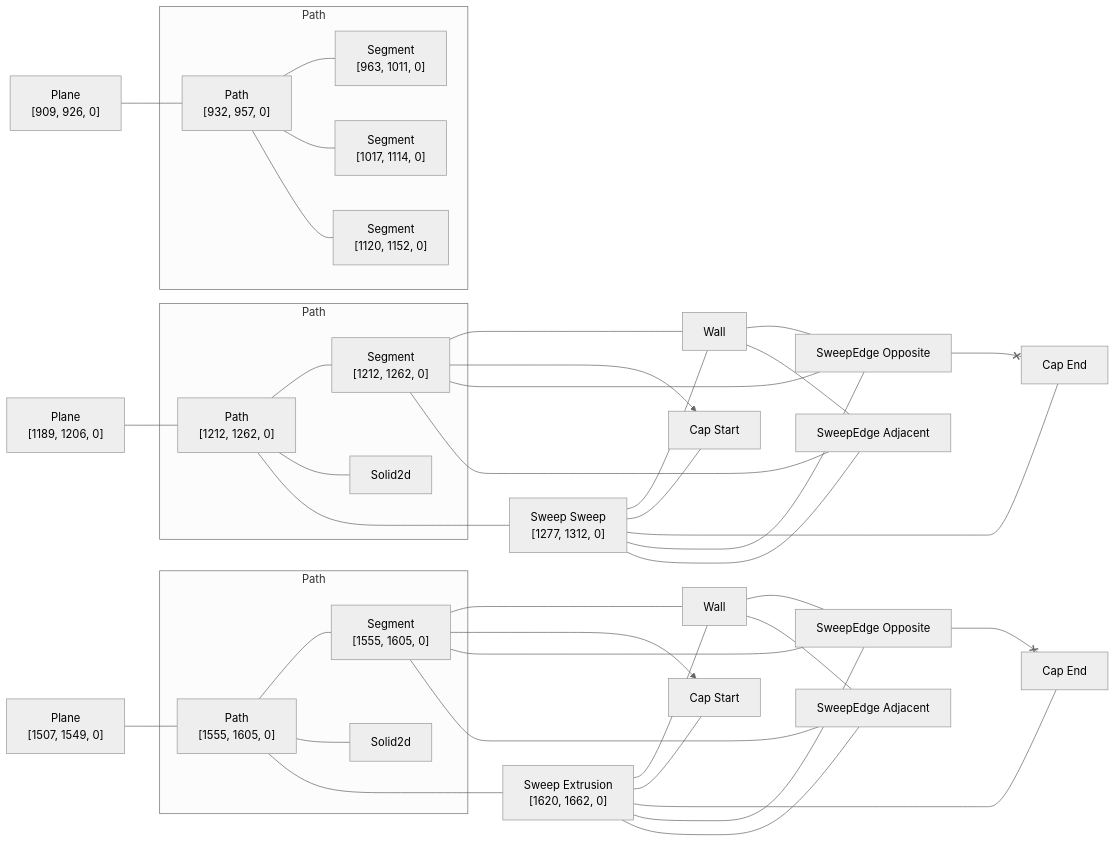
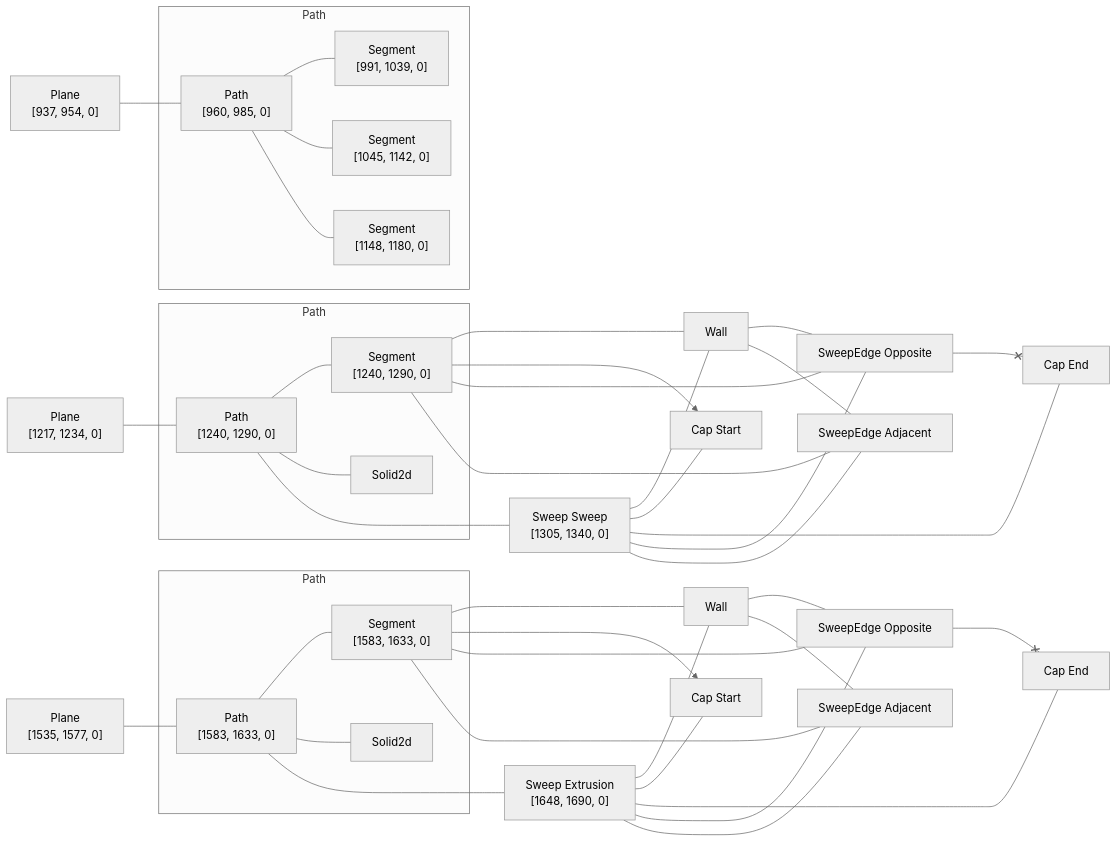
One commit to KittyCAD/modeling-app changed the diagram in rust/kcl-lib/tests/kcl_samples/marine-ladder/artifact_graph_flowchart.snap.md. Above: the diagram before and after it, drawn with Mermaid (neutral theme). The commit also changed 319 other files, not shown here.

````diff
--- a/rust/kcl-lib/tests/kcl_samples/marine-ladder/artifact_graph_flowchart.snap.md
+++ b/rust/kcl-lib/tests/kcl_samples/marine-ladder/artifact_graph_flowchart.snap.md
@@ -1,34 +1,34 @@
 ```mermaid
 flowchart LR
   subgraph path2 [Path]
-    2["Path<br>[932, 957, 0]"]
+    2["Path<br>[960, 985, 0]"]
       %% [ProgramBodyItem { index: 8 }, VariableDeclarationDeclaration, VariableDeclarationInit, PipeBodyItem { index: 1 }]
-    3["Segment<br>[963, 1011, 0]"]
+    3["Segment<br>[991, 1039, 0]"]
       %% [ProgramBodyItem { index: 8 }, VariableDeclarationDeclaration, VariableDeclarationInit, PipeBodyItem { index: 2 }]
-    4["Segment<br>[1017, 1114, 0]"]
+    4["Segment<br>[1045, 1142, 0]"]
       %% [ProgramBodyItem { index: 8 }, VariableDeclarationDeclaration, VariableDeclarationInit, PipeBodyItem { index: 3 }]
-    5["Segment<br>[1120, 1152, 0]"]
+    5["Segment<br>[1148, 1180, 0]"]
       %% [ProgramBodyItem { index: 8 }, VariableDeclarationDeclaration, VariableDeclarationInit, PipeBodyItem { index: 4 }]
   end
   subgraph path7 [Path]
-    7["Path<br>[1212, 1262, 0]"]
+    7["Path<br>[1240, 1290, 0]"]
       %% [ProgramBodyItem { index: 9 }, VariableDeclarationDeclaration, VariableDeclarationInit, PipeBodyItem { index: 1 }]
-    8["Segment<br>[1212, 1262, 0]"]
+    8["Segment<br>[1240, 1290, 0]"]
       %% [ProgramBodyItem { index: 9 }, VariableDeclarationDeclaration, VariableDeclarationInit, PipeBodyItem { index: 1 }]
     9[Solid2d]
   end
   subgraph path17 [Path]
-    17["Path<br>[1555, 1605, 0]"]
+    17["Path<br>[1583, 1633, 0]"]
       %% [ProgramBodyItem { index: 12 }, VariableDeclarationDeclaration, VariableDeclarationInit, PipeBodyItem { index: 1 }]
-    18["Segment<br>[1555, 1605, 0]"]
+    18["Segment<br>[1583, 1633, 0]"]
       %% [ProgramBodyItem { index: 12 }, VariableDeclarationDeclaration, VariableDeclarationInit, PipeBodyItem { index: 1 }]
     19[Solid2d]
   end
-  1["Plane<br>[909, 926, 0]"]
+  1["Plane<br>[937, 954, 0]"]
     %% [ProgramBodyItem { index: 8 }, VariableDeclarationDeclaration, VariableDeclarationInit, PipeBodyItem { index: 0 }]
-  6["Plane<br>[1189, 1206, 0]"]
+  6["Plane<br>[1217, 1234, 0]"]
     %% [ProgramBodyItem { index: 9 }, VariableDeclarationDeclaration, VariableDeclarationInit, PipeBodyItem { index: 0 }]
-  10["Sweep Sweep<br>[1277, 1312, 0]"]
+  10["Sweep Sweep<br>[1305, 1340, 0]"]
     %% [ProgramBodyItem { index: 10 }, VariableDeclarationDeclaration, VariableDeclarationInit]
   11[Wall]
     %% face_code_ref=Missing NodePath
@@ -38,9 +38,9 @@
     %% face_code_ref=Missing NodePath
   14["SweepEdge Opposite"]
   15["SweepEdge Adjacent"]
-  16["Plane<br>[1507, 1549, 0]"]
+  16["Plane<br>[1535, 1577, 0]"]
     %% [ProgramBodyItem { index: 12 }, VariableDeclarationDeclaration, VariableDeclarationInit, PipeBodyItem { index: 0 }]
-  20["Sweep Extrusion<br>[1620, 1662, 0]"]
+  20["Sweep Extrusion<br>[1648, 1690, 0]"]
     %% [ProgramBodyItem { index: 13 }, VariableDeclarationDeclaration, VariableDeclarationInit]
   21[Wall]
     %% face_code_ref=Missing NodePath
````
